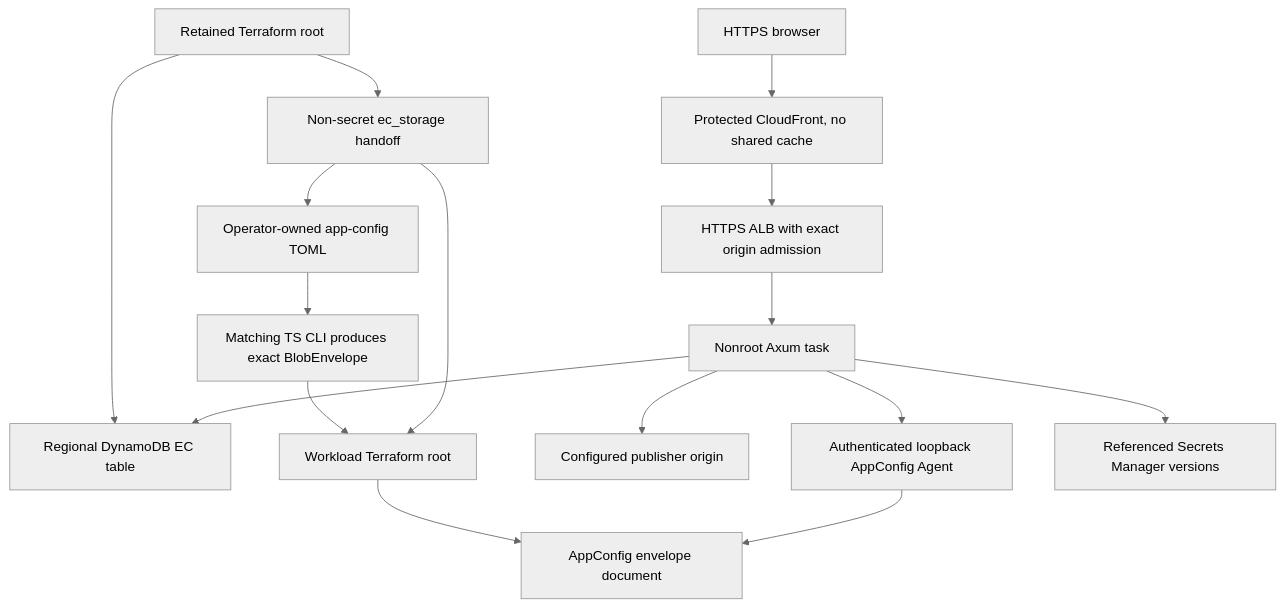
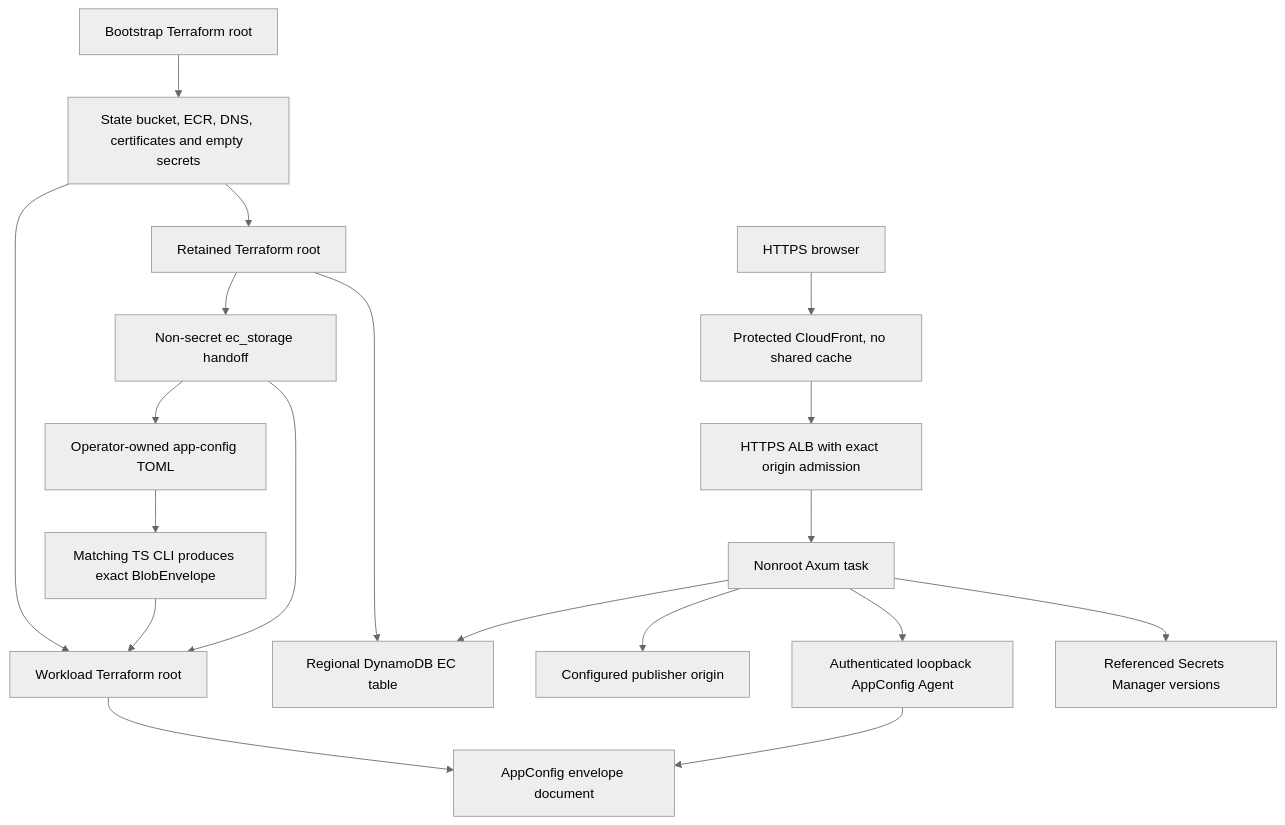
The diagram in deploy/examples/native-aws-workload/README.md (IABTechLab/trusted-server), drawn with Mermaid (neutral theme) before and after one commit. The commit also changed other lines of this file and 25 other files, not shown here.

Commit message:
Provision AWS demo prerequisites with Terraform

````diff
--- a/deploy/examples/native-aws-workload/README.md
+++ b/deploy/examples/native-aws-workload/README.md
@@ -7,18 +7,21 @@
 ```mermaid
 flowchart TD
-    Retained[Retained Terraform root] --> Table[Regional DynamoDB EC table]
+    Bootstrap[Bootstrap Terraform root] --> Prerequisites[State bucket, ECR, DNS, certificates and empty secrets]
+    Prerequisites --> Retained[Retained Terraform root]
+    Prerequisites --> Workload
+    Retained --> Table[Regional DynamoDB EC table]
     Retained --> Binding[Non-secret ec_storage handoff]
     Binding --> TOML[Operator-owned app-config TOML]
     TOML --> CLI[Matching TS CLI produces exact BlobEnvelope]
     CLI --> Workload[Workload Terraform root]
     Binding --> Workload
     Workload --> AppConfig[AppConfig envelope document]
     Browser[HTTPS browser] --> CloudFront[Protected CloudFront, no shared cache]
     CloudFront --> ALB[HTTPS ALB with exact origin admission]
     ALB --> App[Nonroot Axum task]
     App --> Table
     App --> Origin[Configured publisher origin]
     App --> Agent[Authenticated loopback AppConfig Agent]
     Agent --> AppConfig
     App --> Secrets[Referenced Secrets Manager versions]
 ```
````
